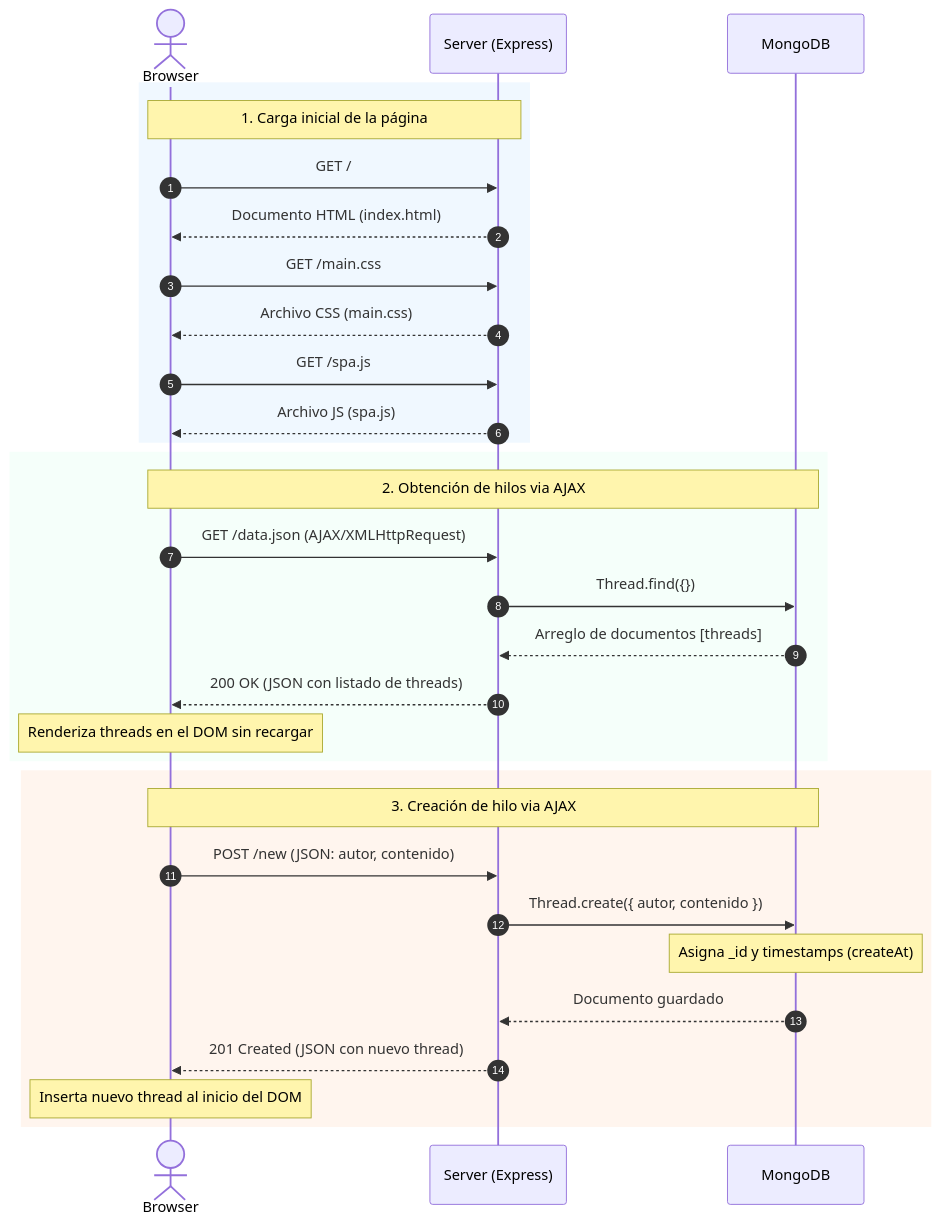
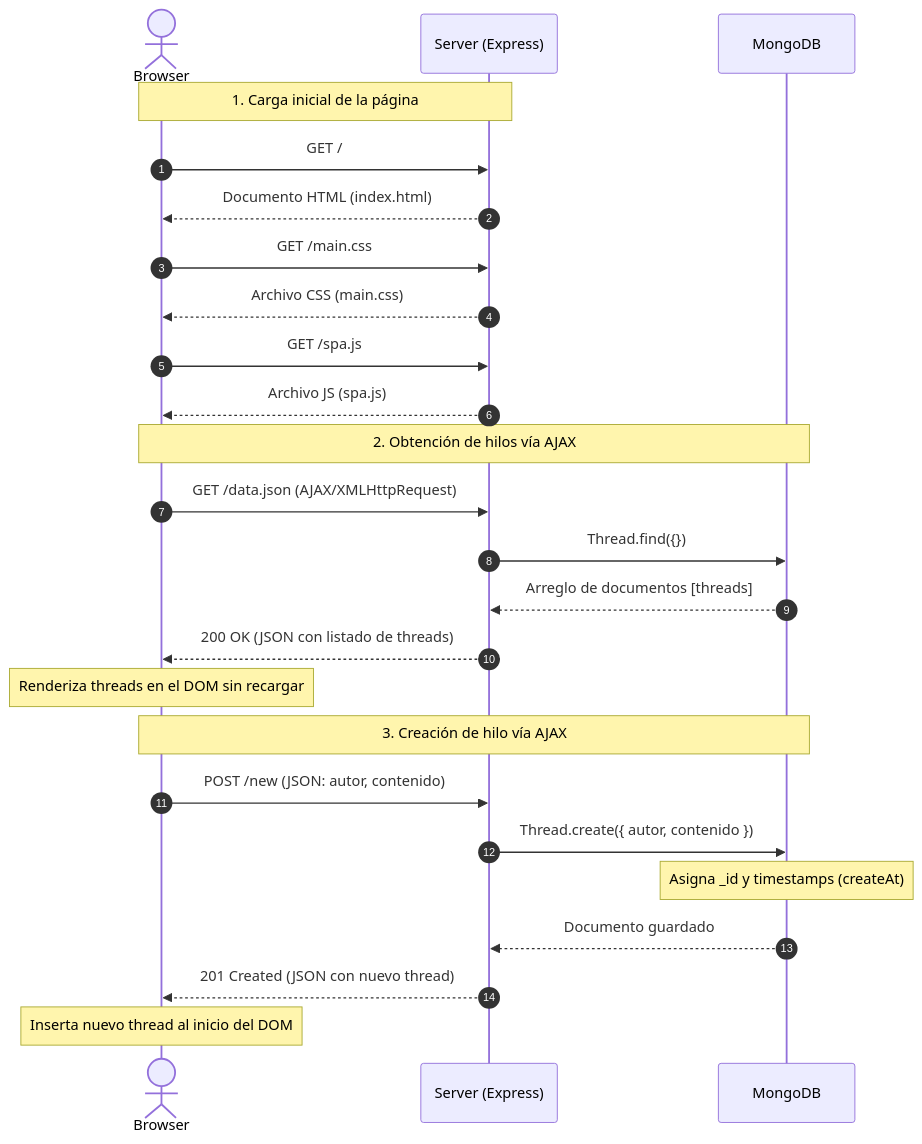
Before and after one commit to PabloSuarezT/Labs-de-reactivas-NONnpmUSERS: the diagram in Lab2_template/template/README.md, drawn with Mermaid.

Commit message:
Cambio en el diagrama del readme para que se entienda claramenrte.

````diff
--- a/Lab2_template/template/README.md
+++ b/Lab2_template/template/README.md
@@ -69,39 +69,30 @@
 ```mermaid
 sequenceDiagram
     autonumber
     actor Browser as Browser
     participant Server as Server (Express)
     participant DB as MongoDB
 
-    %% --- FLUJO 1: CARGA DE PÁGINA INICIAL ---
-    rect rgb(240, 248, 255)
-        note over Browser, Server: 1. Carga inicial de la página
-        Browser->>Server: GET /
-        Server-->>Browser: Documento HTML (index.html)
-        Browser->>Server: GET /main.css
-        Server-->>Browser: Archivo CSS (main.css)
-        Browser->>Server: GET /spa.js
-        Server-->>Browser: Archivo JS (spa.js)
-    end
+    note over Browser, Server: 1. Carga inicial de la página
+    Browser->>Server: GET /
+    Server-->>Browser: Documento HTML (index.html)
+    Browser->>Server: GET /main.css
+    Server-->>Browser: Archivo CSS (main.css)
+    Browser->>Server: GET /spa.js
+    Server-->>Browser: Archivo JS (spa.js)
 
-    %% --- FLUJO 2: OBTENCIÓN DEL LISTADO (GET /data.json) ---
-    rect rgb(245, 255, 250)
-        note over Browser, DB: 2. Obtención de hilos via AJAX
-        Browser->>Server: GET /data.json (AJAX/XMLHttpRequest)
-        Server->>DB: Thread.find({})
-        DB-->>Server: Arreglo de documentos [threads]
-        Server-->>Browser: 200 OK (JSON con listado de threads)
-        note over Browser: Renderiza threads en el DOM sin recargar
-    end
+    note over Browser, DB: 2. Obtención de hilos vía AJAX
+    Browser->>Server: GET /data.json (AJAX/XMLHttpRequest)
+    Server->>DB: Thread.find({})
+    DB-->>Server: Arreglo de documentos [threads]
+    Server-->>Browser: 200 OK (JSON con listado de threads)
+    note over Browser: Renderiza threads en el DOM sin recargar
 
-    %% --- FLUJO 3: CREACIÓN DE UN HILO (POST /new) ---
-    rect rgb(255, 245, 238)
-        note over Browser, DB: 3. Creación de hilo via AJAX
-        Browser->>Server: POST /new (JSON: autor, contenido)
-        Server->>DB: Thread.create({ autor, contenido })
-        note over DB: Asigna _id y timestamps (createAt)
-        DB-->>Server: Documento guardado
-        Server-->>Browser: 201 Created (JSON con nuevo thread)
-        note over Browser: Inserta nuevo thread al inicio del DOM
-    end
+    note over Browser, DB: 3. Creación de hilo vía AJAX
+    Browser->>Server: POST /new (JSON: autor, contenido)
+    Server->>DB: Thread.create({ autor, contenido })
+    note over DB: Asigna _id y timestamps (createAt)
+    DB-->>Server: Documento guardado
+    Server-->>Browser: 201 Created (JSON con nuevo thread)
+    note over Browser: Inserta nuevo thread al inicio del DOM
 ```
````
